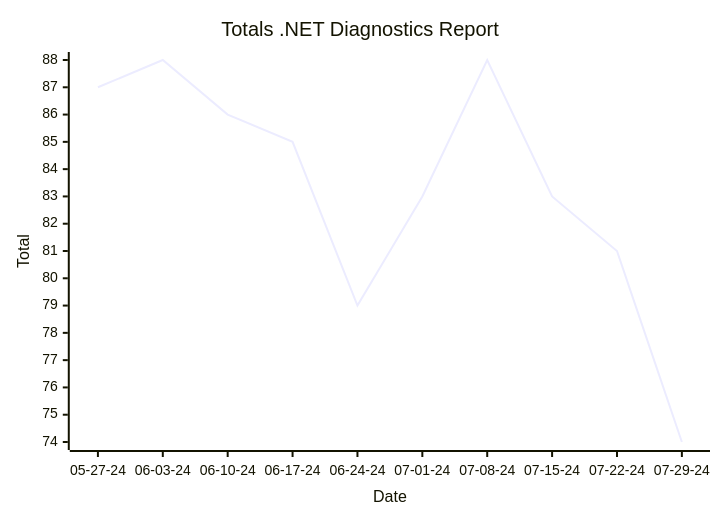
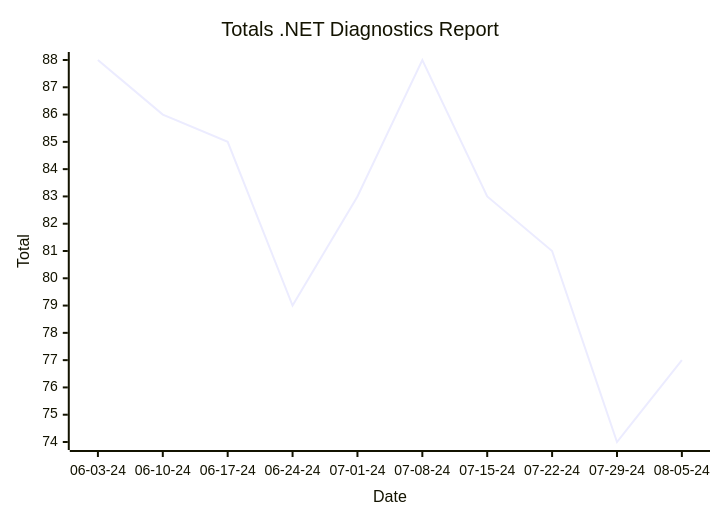
One commit to hoyosjs/gh-issue-tracker changed the first of 2 diagrams in reports/README.md. Above: the diagram before and after it, drawn with Mermaid. The commit also changed other lines of this file and 4 other files, not shown here.

````diff
--- a/reports/README.md
+++ b/reports/README.md
@@ -7,7 +7,7 @@
 ```mermaid
 xychart-beta
   title "Totals .NET Diagnostics Report"
-  x-axis "Date" ["05-27-24", "06-03-24", "06-10-24", "06-17-24", "06-24-24", "07-01-24", "07-08-24", "07-15-24", "07-22-24", "07-29-24"]
+  x-axis "Date" ["06-03-24", "06-10-24", "06-17-24", "06-24-24", "07-01-24", "07-08-24", "07-15-24", "07-22-24", "07-29-24", "08-05-24"]
   y-axis "Total"
-  line [87, 88, 86, 85, 79, 83, 88, 83, 81, 74]
+  line [88, 86, 85, 79, 83, 88, 83, 81, 74, 77]
 ```
````
